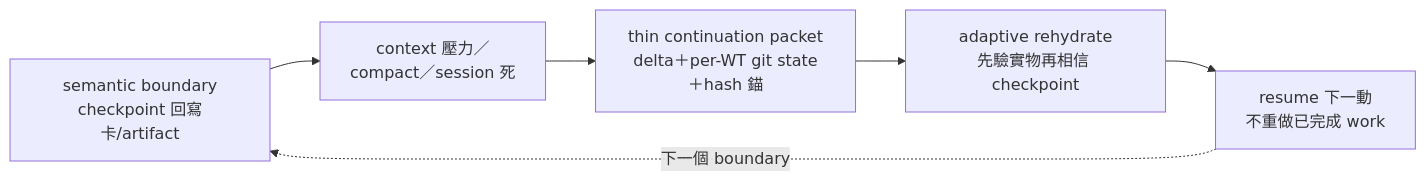
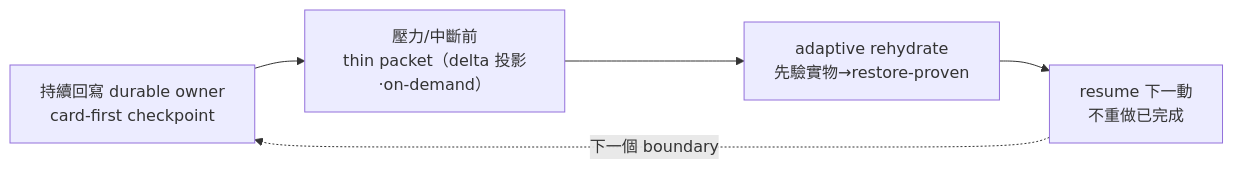
Before and after one commit to ChiahungTai/ai-guide: the diagram in backlog/tasks/air-135.6 - Context-Continuity——card-first-checkpoint、自主-context-收斂＋controlled-compact-recovery.md, drawn with Mermaid. The commit also changed other lines of this file, not shown here.

Commit message:
chore(backlog): AIR-135.6 tri 重思考——Description v2＋AC 九→四＋持續責任制/fresh-session-epoch 正典 (air-135.6)

````diff
--- a/backlog/tasks/air-135.6 - Context-Continuity——card-first-checkpoint、自主-context-收斂＋controlled-compact-recovery.md
+++ b/backlog/tasks/air-135.6 - Context-Continuity——card-first-checkpoint、自主-context-收斂＋controlled-compact-recovery.md
@@ -38,8 +48,7 @@
 ```mermaid
 flowchart LR
-  CK["semantic boundary<br/>checkpoint 回寫卡/artifact"] --> PR["context 壓力／<br/>compact／session 死"]
-  PR --> PK["thin continuation packet<br/>delta＋per-WT git state＋hash 錨"]
-  PK --> RH["adaptive rehydrate<br/>先驗實物再相信 checkpoint"]
-  RH --> RS["resume 下一動<br/>不重做已完成 work"]
+  CK["持續回寫 durable owner<br/>card-first checkpoint"] --> PK["壓力/中斷前<br/>thin packet（delta 投影·on-demand）"]
+  PK --> RH["adaptive rehydrate<br/>先驗實物→restore-proven"]
+  RH --> RS["resume 下一動<br/>不重做已完成"]
   RS -.->|"下一個 boundary"| CK
 ```
````
